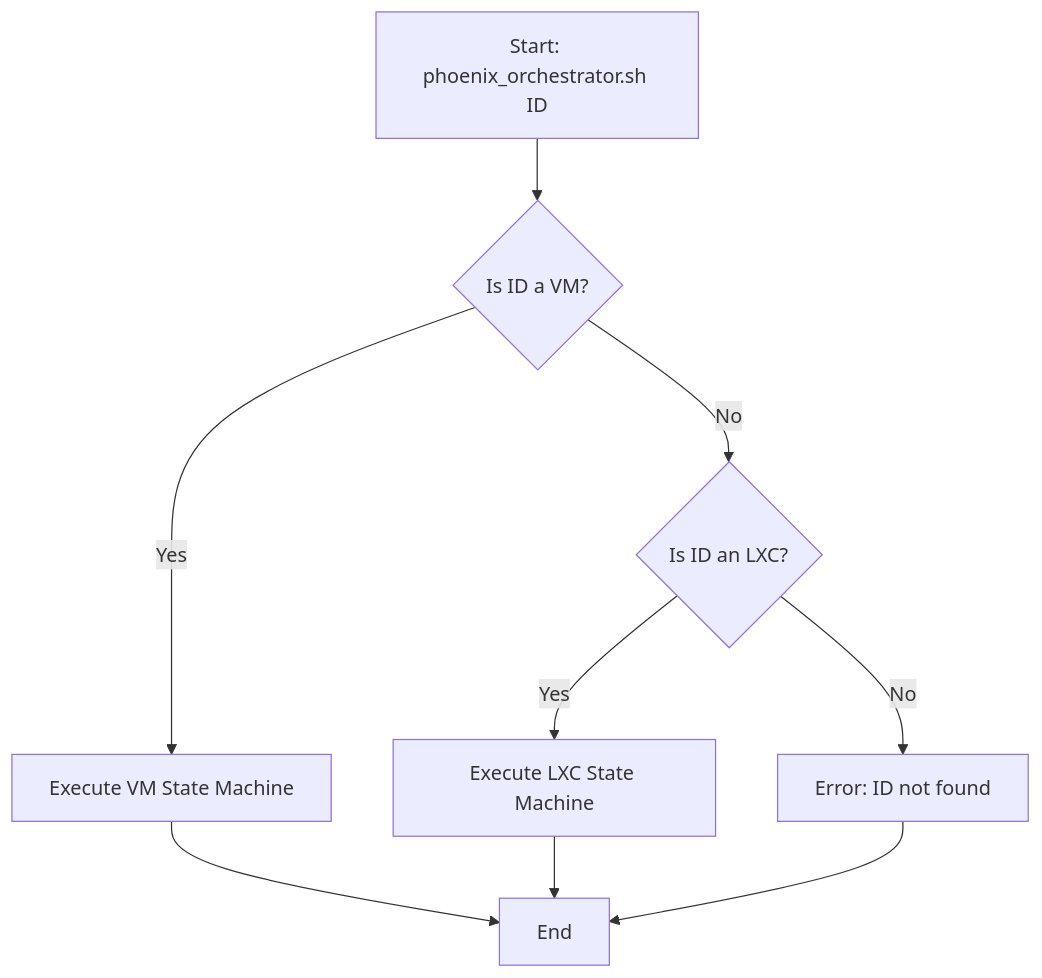
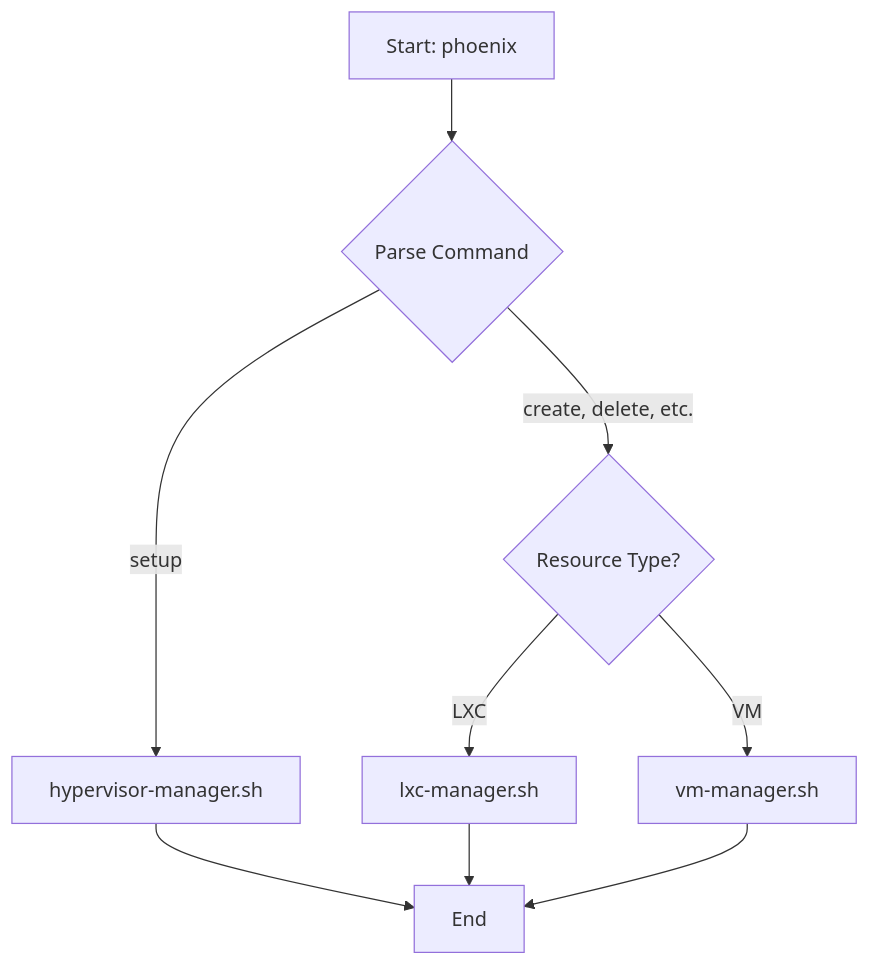
One commit to SirHeads/Testing-ideas changed the second of 2 diagrams in Thinkheads.AI_docs/03_phoenix_hypervisor_implementation/00_guides/00_system_architecture_guide.md. Above: the diagram before and after it, drawn with Mermaid. The commit also changed other lines of this file and 51 other files, not shown here.

````diff
--- a/Thinkheads.AI_docs/03_phoenix_hypervisor_implementation/00_guides/00_system_architecture_guide.md
+++ b/Thinkheads.AI_docs/03_phoenix_hypervisor_implementation/00_guides/00_system_architecture_guide.md
@@ -71,11 +71,11 @@
 ```mermaid
 graph TD
-    A[Start: phoenix_orchestrator.sh ID] --> B{Is ID a VM?};
-    B -- Yes --> VM_Flow[Execute VM State Machine];
-    B -- No --> C{Is ID an LXC?};
-    C -- Yes --> LXC_Flow[Execute LXC State Machine];
-    C -- No --> Error[Error: ID not found];
-    VM_Flow --> End;
-    LXC_Flow --> End;
-    Error --> End;
+    A[Start: phoenix <command> <ID>] --> B{Parse Command};
+    B -->|setup| C[hypervisor-manager.sh];
+    B -->|create, delete, etc.| D{Resource Type?};
+    D -->|LXC| E[lxc-manager.sh];
+    D -->|VM| F[vm-manager.sh];
+    C --> End;
+    E --> End;
+    F --> End;
 ```
````
